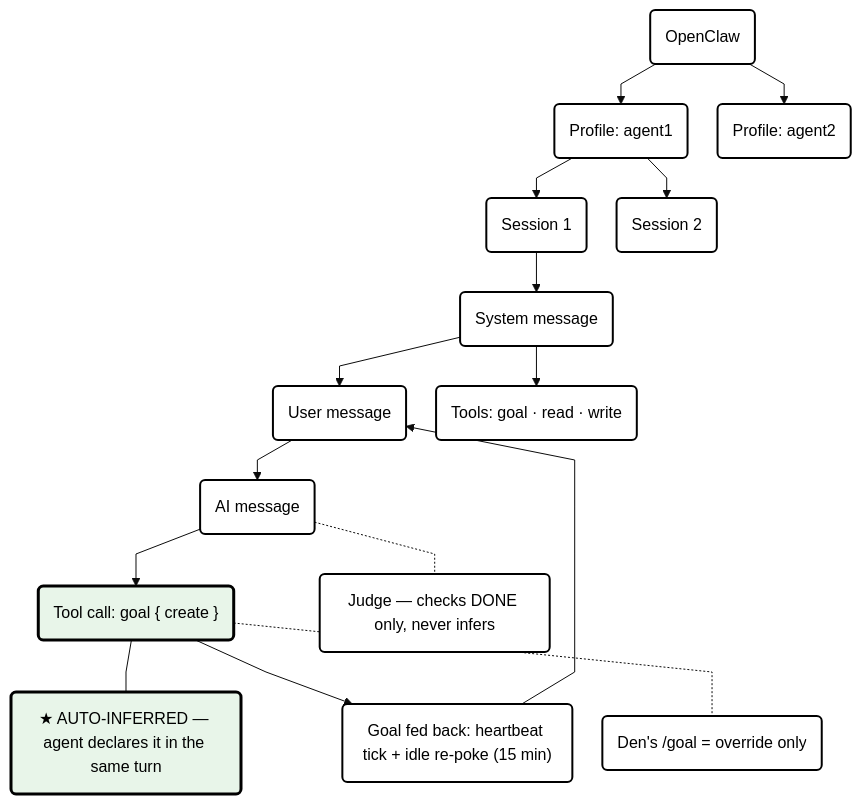
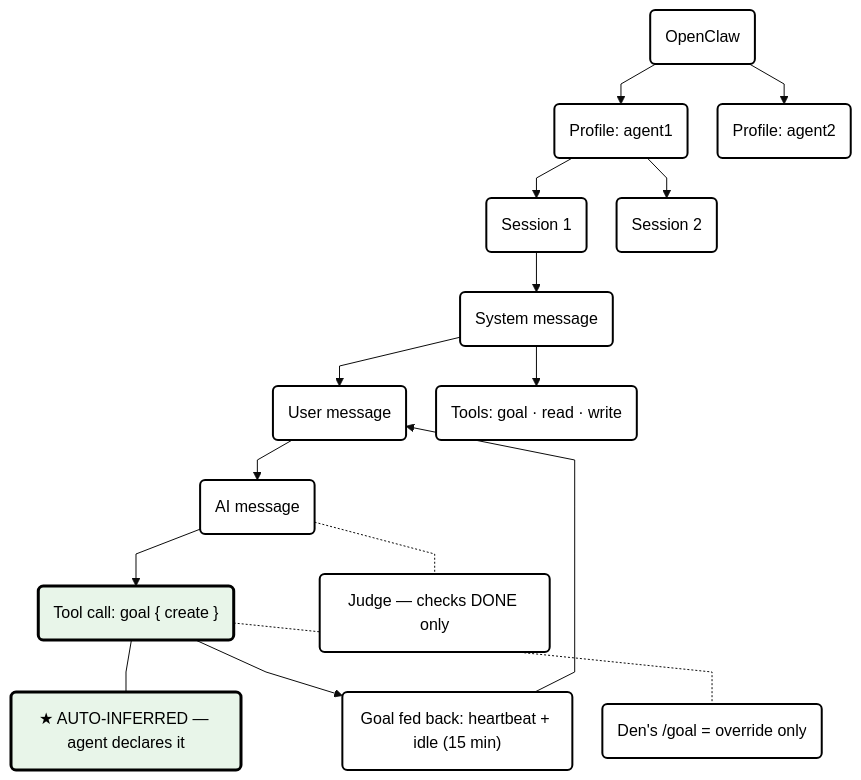
The diagram in diagrams/hermes-goal-mechanism.mmd (dzianisv/goal), drawn with Mermaid before and after one commit. The commit also changed 1 other file, not shown here.

Commit message:
Mermaid: shorten labels to cut wrapping (detail lives in the .md files)

```diff
--- a/diagrams/hermes-goal-mechanism.mmd
+++ b/diagrams/hermes-goal-mechanism.mmd
@@ -1,45 +1,45 @@
 %%{init: {"theme": "base", "flowchart": {"nodeSpacing": 30, "rankSpacing": 40, "curve": "linear", "diagramPadding": 10}}}%%
 %% How the goal works in Hermes — compact, GitHub-readable.
 %% Styled to match the PNG: plain white boxes, black borders,
 %% green highlight on the auto-inferred goal. The PNG is the
 %% full-detail version (same structure, longer notes).
 %% Read from the code: /home/engineer/.hermes/hermes-agent/
 %% tools/goal_tool.py, hermes_cli/goals.py, agent/prompt_builder.py.
 %% Verified 2026-11-15. Detail lives in hermes-goal-mechanism.md.
 %% NOTE: Mermaid decides node positions itself (dagre layout).
 %% This file controls boxes, labels, edges, colours, and spacing —
 %% not exact coordinates. The PNG keeps the exact sketch geometry.
 
 flowchart TD
     classDef plain fill:#fff,stroke:#000,stroke-width:2px,color:#000
     classDef hl fill:#e8f5e9,stroke:#000,stroke-width:3px,color:#000
 
     OC("OpenClaw"):::plain
     P1("Profile: agent1"):::plain
     P2("Profile: agent2"):::plain
     S1("Session 1"):::plain
     S2("Session 2"):::plain
     SYS("System message"):::plain
     USR("User message"):::plain
     AI("AI message"):::plain
     CALL("Tool call: goal { create }"):::hl
     TOOLS("Tools: goal · read · write"):::plain
-    INFER("★ AUTO-INFERRED — agent declares it in the same turn"):::hl
-    JUDGE("Judge — checks DONE only, never infers"):::plain
-    INJ("Goal fed back: heartbeat tick + idle re-poke (15 min)"):::plain
+    INFER("★ AUTO-INFERRED — agent declares it"):::hl
+    JUDGE("Judge — checks DONE only"):::plain
+    INJ("Goal fed back: heartbeat + idle (15 min)"):::plain
     OVER("Den's /goal = override only"):::plain
 
     OC --> P1
     OC --> P2
     P1 --> S1
     P1 --> S2
     S1 --> SYS
     SYS --> USR
     USR --> AI
     AI --> CALL
     SYS --> TOOLS
     CALL --- INFER
     AI -.- JUDGE
     INJ --> USR
     CALL --> INJ
     CALL -.- OVER
```
